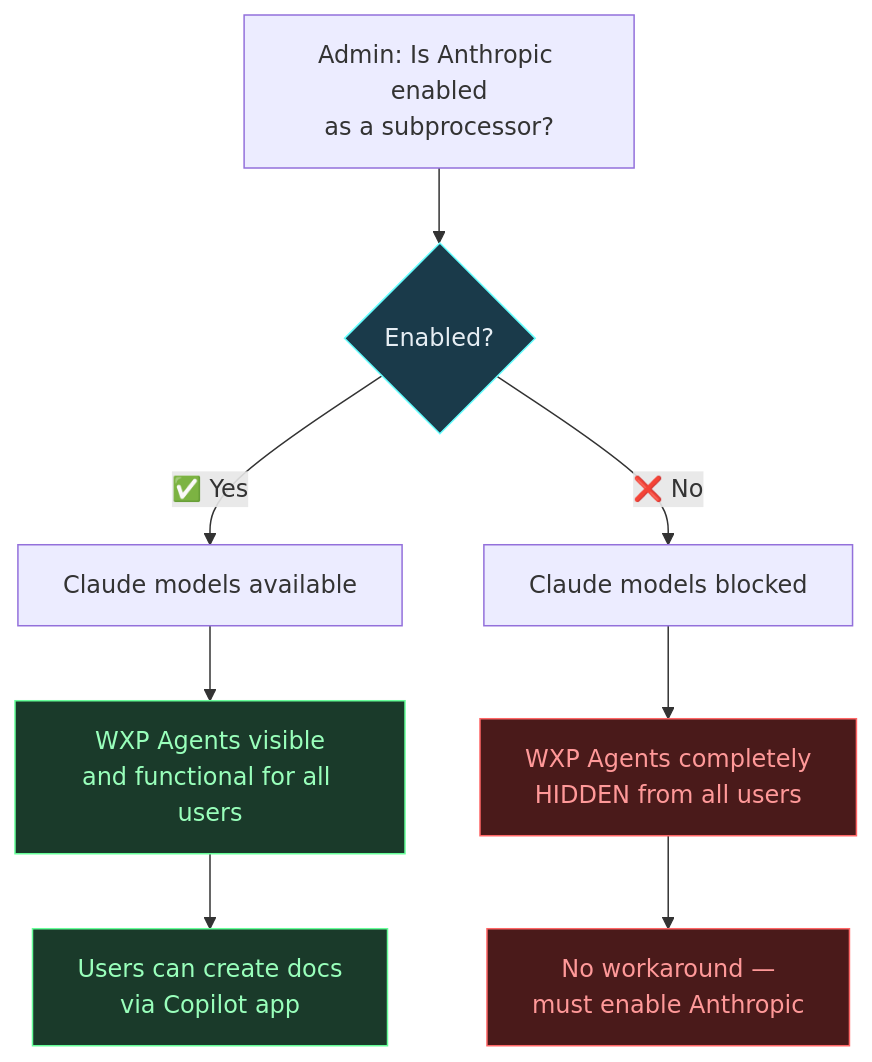
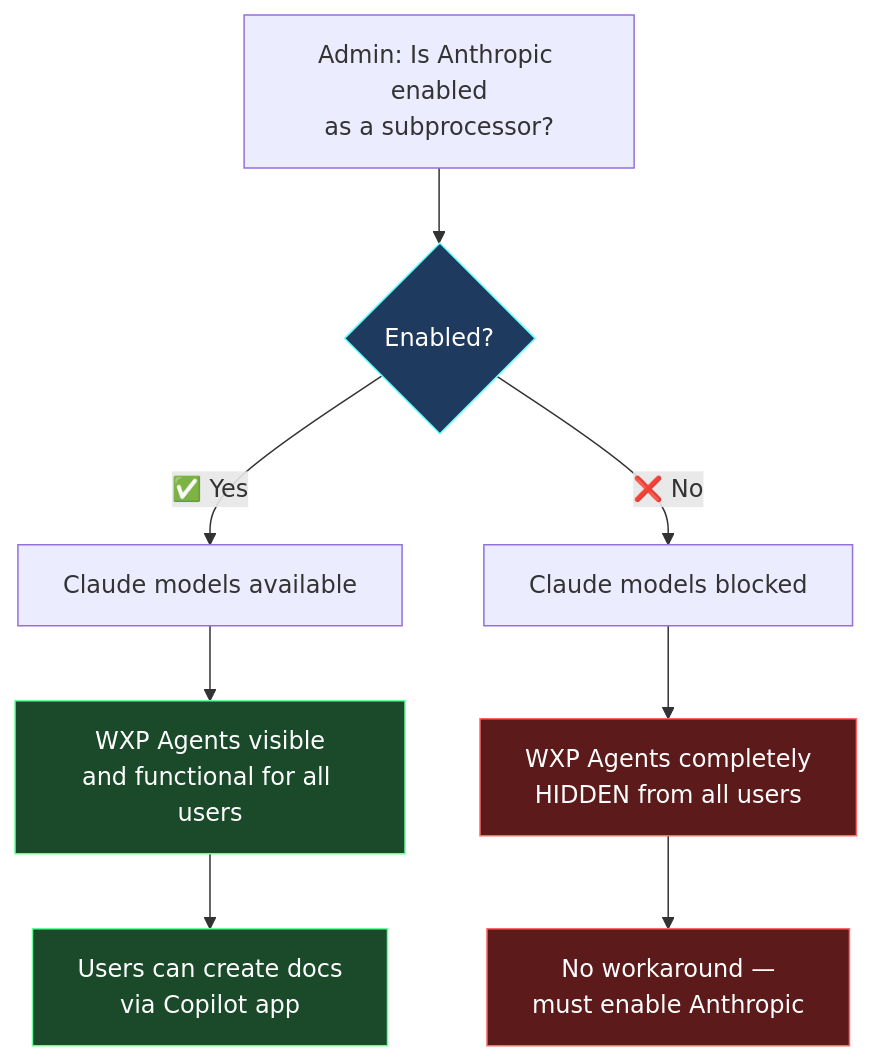
One commit to susanthgit/aguidetocloud-revamp changed the fourth of 5 diagrams in content/blog/microsoft-365-copilot-chat-april-2026-changes-what-admins-need-to-know.md. Above: the diagram before and after it, drawn with Mermaid. The commit also changed other lines of this file and 1 other file, not shown here.

First line of the commit message:
Fix Mermaid contrast: base theme + white text + brighter fills

````diff
--- a/content/blog/microsoft-365-copilot-chat-april-2026-changes-what-admins-need-to-know.md
+++ b/content/blog/microsoft-365-copilot-chat-april-2026-changes-what-admins-need-to-know.md
@@ -160,15 +160,15 @@
 ```mermaid
 flowchart TD
     A["Admin: Is Anthropic enabled\nas a subprocessor?"] --> B{Enabled?}
     B -->|"✅ Yes"| C["Claude models available"]
     B -->|"❌ No"| D["Claude models blocked"]
     C --> E["WXP Agents visible\nand functional for all users"]
     D --> F["WXP Agents completely\nHIDDEN from all users"]
     E --> G["Users can create docs\nvia Copilot app"]
     F --> H["No workaround —\nmust enable Anthropic"]
-    style B fill:#1a3a4a,stroke:#66ffff,color:#e6edf3
-    style E fill:#1a3a2a,stroke:#66ff99,color:#99ffbb
-    style F fill:#4a1a1a,stroke:#ff6666,color:#ff9999
-    style G fill:#1a3a2a,stroke:#66ff99,color:#99ffbb
-    style H fill:#4a1a1a,stroke:#ff6666,color:#ff9999
+    style B fill:#1e3a5f,stroke:#66ffff,color:#ffffff
+    style E fill:#1a4a2a,stroke:#66ff99,color:#ffffff
+    style F fill:#5c1a1a,stroke:#ff6666,color:#ffffff
+    style G fill:#1a4a2a,stroke:#66ff99,color:#ffffff
+    style H fill:#5c1a1a,stroke:#ff6666,color:#ffffff
 ```
````
